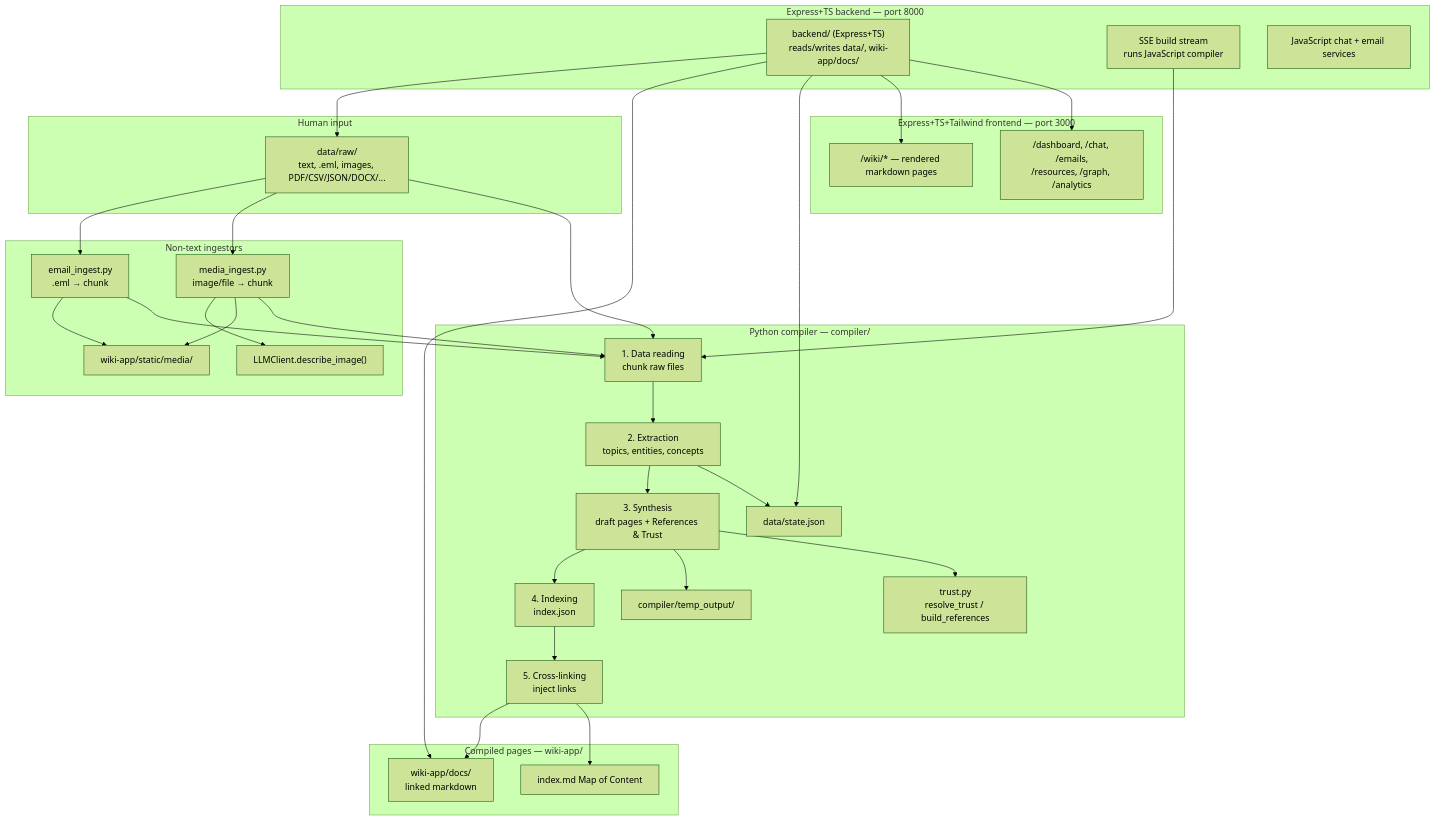
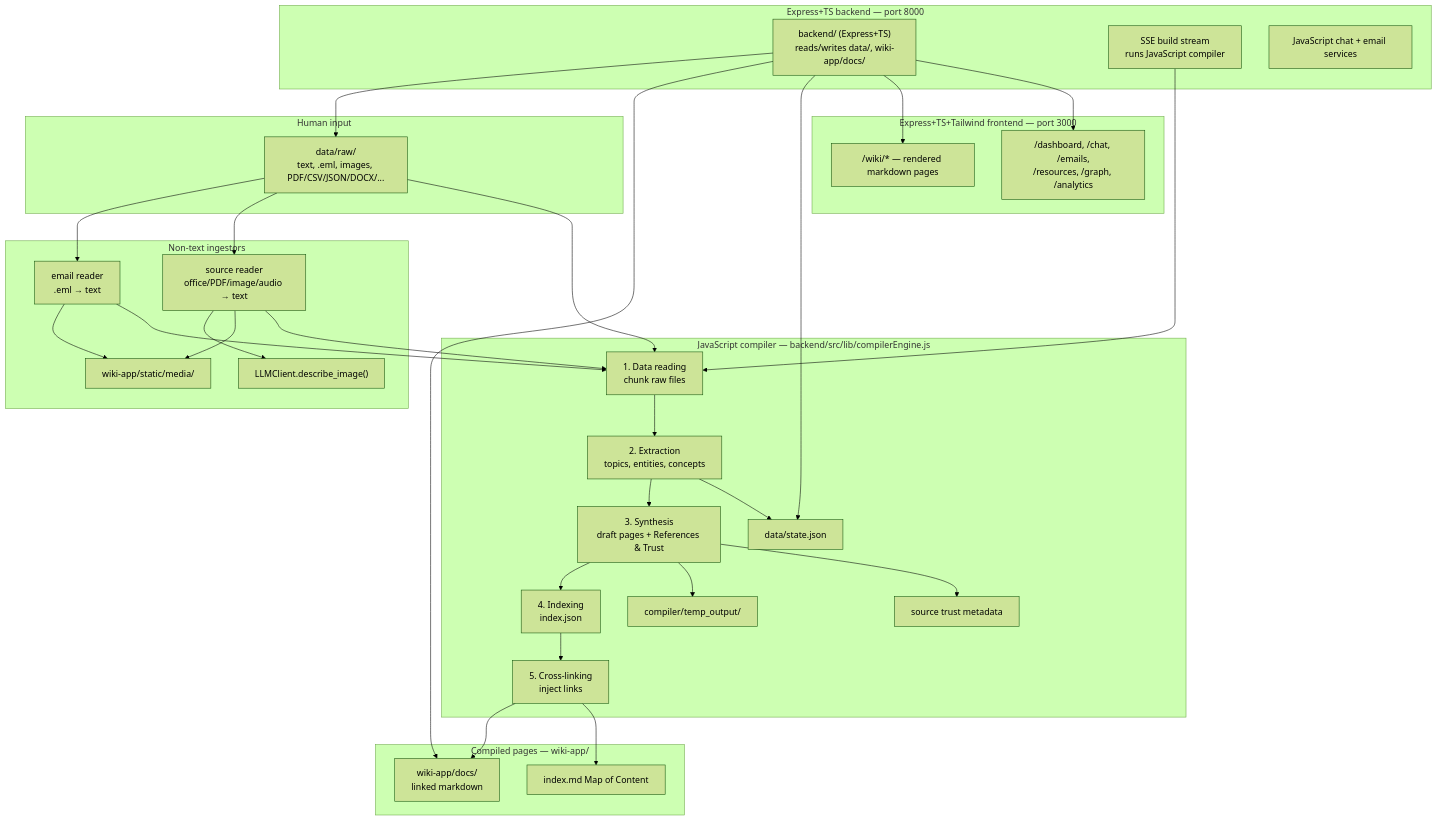
Before and after one commit to navidfalah/wiki: the diagram in documentation/03-architecture.md, drawn with Mermaid (forest theme). The commit also changed other lines of this file and 328 other files, not shown here.

````diff
--- a/documentation/03-architecture.md
+++ b/documentation/03-architecture.md
@@ -7,61 +7,61 @@
 ```mermaid
 flowchart TB
     subgraph input [Human input]
         RAW["data/raw/<br/>text, .eml, images, PDF/CSV/JSON/DOCX/..."]
     end
 
     subgraph ingest [Non-text ingestors]
-        EMAIL["email_ingest.py<br/>.eml → chunk"]
-        MEDIA["media_ingest.py<br/>image/file → chunk"]
+        EMAIL["email reader<br/>.eml → text"]
+        MEDIA["source reader<br/>office/PDF/image/audio → text"]
         VISION["LLMClient.describe_image()"]
         STATIC["wiki-app/static/media/"]
         MEDIA --> VISION
         MEDIA --> STATIC
         EMAIL --> STATIC
     end
 
-    subgraph compiler [Python compiler — compiler/]
+    subgraph compiler [JavaScript compiler — backend/src/lib/compilerEngine.js]
         S1["1. Data reading<br/>chunk raw files"]
         S2["2. Extraction<br/>topics, entities, concepts"]
         S3["3. Synthesis<br/>draft pages + References & Trust"]
         S4["4. Indexing<br/>index.json"]
         S5["5. Cross-linking<br/>inject links"]
-        TRUST["trust.py<br/>resolve_trust / build_references"]
+        TRUST["source trust metadata"]
         TEMP["compiler/temp_output/"]
         STATE["data/state.json"]
         S1 --> S2 --> S3 --> S4 --> S5
         S3 --> TEMP
         S2 --> STATE
         S3 --> TRUST
     end
 
     subgraph output [Compiled pages — wiki-app/]
         DOCS["wiki-app/docs/<br/>linked markdown"]
         MOC["index.md Map of Content"]
     end
 
     subgraph backend [Express+TS backend — port 8000]
         NODE["backend/ (Express+TS)<br/>reads/writes data/, wiki-app/docs/"]
         SSE["SSE build stream<br/>runs JavaScript compiler"]
         BRIDGE["JavaScript chat + email services"]
     end
 
     subgraph frontend [Express+TS+Tailwind frontend — port 3000]
         WIKIVIEW["/wiki/* — rendered markdown pages"]
         DASHVIEW["/dashboard, /chat, /emails,<br/>/resources, /graph, /analytics"]
     end
 
     RAW --> EMAIL
     RAW --> MEDIA
     RAW --> S1
     EMAIL --> S1
     MEDIA --> S1
     S5 --> DOCS
     S5 --> MOC
     NODE --> RAW
     NODE --> DOCS
     NODE --> STATE
     SSE --> S1
     NODE --> WIKIVIEW
     NODE --> DASHVIEW
 ```
````
